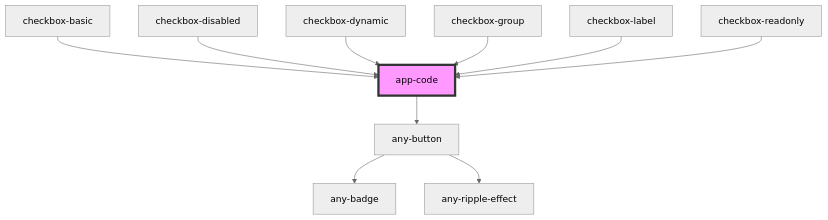
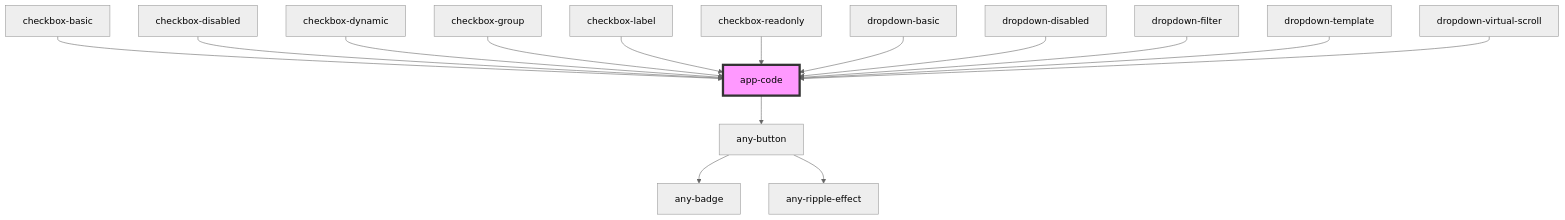
The diagram in packages/core/src/components/app-showcase/doc/app-code/readme.md (adaleks/anywhere-ui), drawn with Mermaid (neutral theme) before and after one commit. The commit also changed other lines of this file and 65 other files, not shown here.

````diff
--- a/packages/core/src/components/app-showcase/doc/app-code/readme.md
+++ b/packages/core/src/components/app-showcase/doc/app-code/readme.md
@@ -38,13 +43,18 @@
 ```mermaid
 graph TD;
   app-code --> any-button
   any-button --> any-badge
   any-button --> any-ripple-effect
   checkbox-basic --> app-code
   checkbox-disabled --> app-code
   checkbox-dynamic --> app-code
   checkbox-group --> app-code
   checkbox-label --> app-code
   checkbox-readonly --> app-code
+  dropdown-basic --> app-code
+  dropdown-disabled --> app-code
+  dropdown-filter --> app-code
+  dropdown-template --> app-code
+  dropdown-virtual-scroll --> app-code
   style app-code fill:#f9f,stroke:#333,stroke-width:4px
 ```
````
